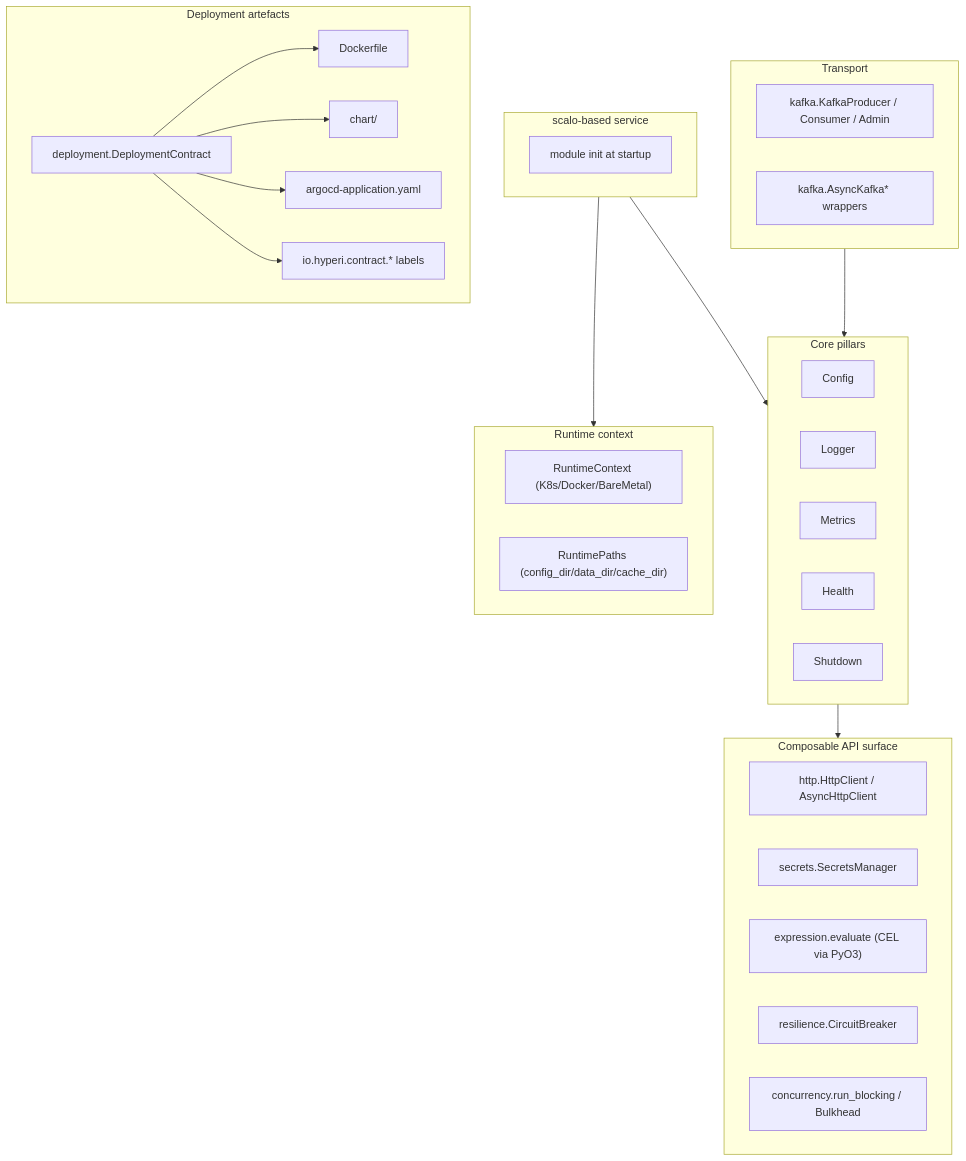
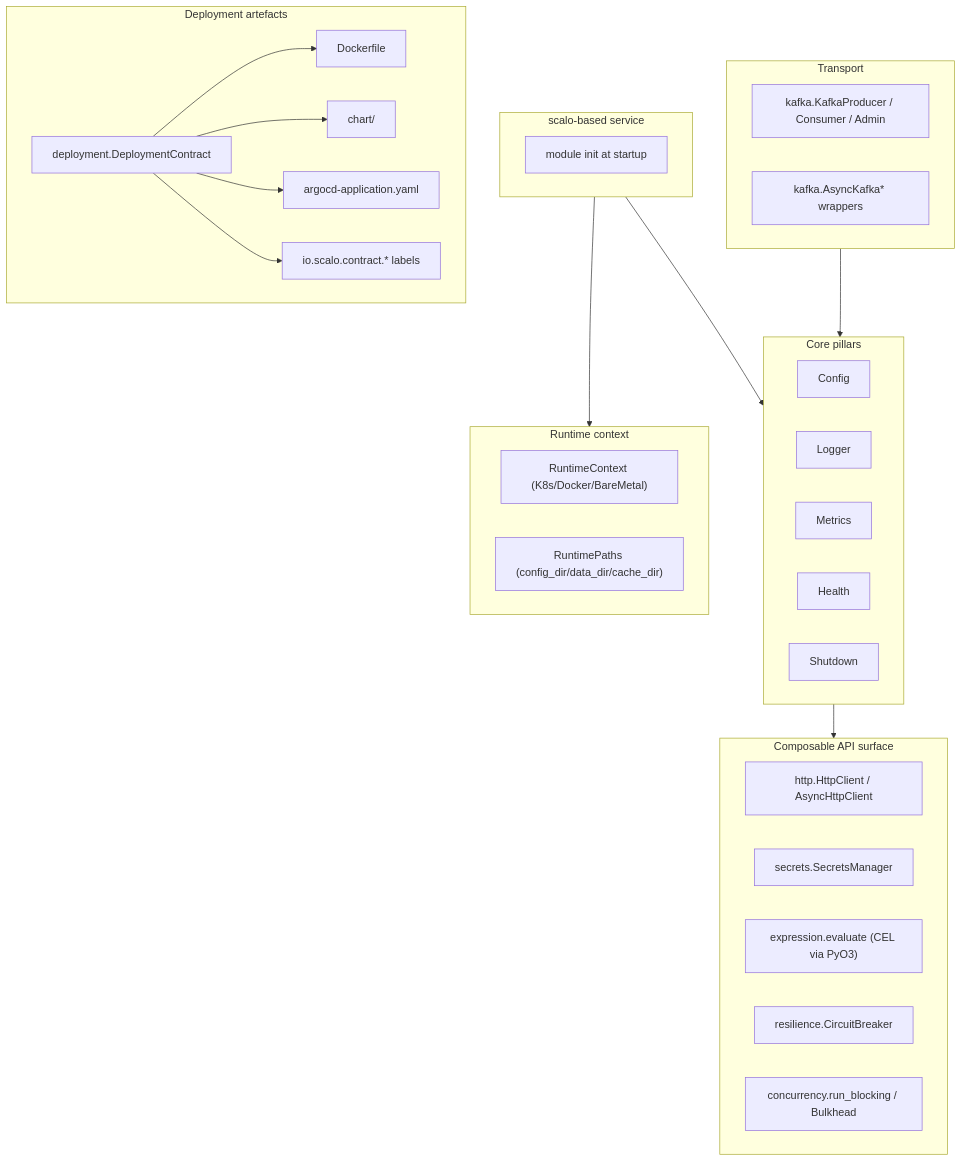
One commit to hyperi-io/scalo-py changed the diagram in docs/README.md. Above: the diagram before and after it, drawn with Mermaid. The commit also changed 27 other files, not shown here.

````diff
--- a/docs/README.md
+++ b/docs/README.md
@@ -37,49 +37,49 @@
 ```mermaid
 flowchart TB
     subgraph App["scalo-based service"]
         Init["module init at startup"]
     end
 
     subgraph Pillars["Core pillars"]
         Config
         Logger
         Metrics
         Health
         Shutdown
     end
 
     subgraph Runtime["Runtime context"]
         RC["RuntimeContext (K8s/Docker/BareMetal)"]
         Paths["RuntimePaths (config_dir/data_dir/cache_dir)"]
     end
 
     subgraph API["Composable API surface"]
         HTTP["http.HttpClient / AsyncHttpClient"]
         Secrets["secrets.SecretsManager"]
         Expr["expression.evaluate (CEL via PyO3)"]
         Resil["resilience.CircuitBreaker"]
         Conc["concurrency.run_blocking / Bulkhead"]
     end
 
     subgraph Transport["Transport"]
         Kafka["kafka.KafkaProducer / Consumer / Admin"]
         AsyncKafka["kafka.AsyncKafka* wrappers"]
     end
 
     subgraph Deploy["Deployment artefacts"]
         DC["deployment.DeploymentContract"]
         DF["Dockerfile"]
         CH["chart/"]
         AC["argocd-application.yaml"]
-        ID["io.hyperi.contract.* labels"]
+        ID["io.scalo.contract.* labels"]
     end
 
     App --> Pillars
     App --> Runtime
     Pillars --> API
     Transport --> Pillars
     DC --> DF
     DC --> CH
     DC --> AC
     DC --> ID
 ```
````
